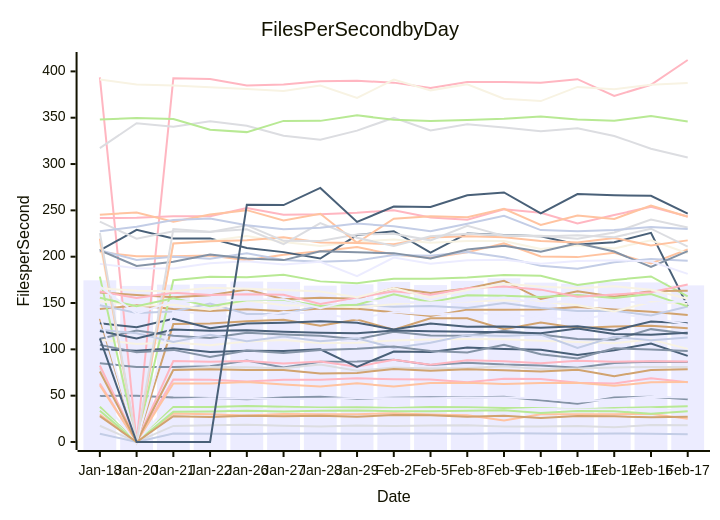
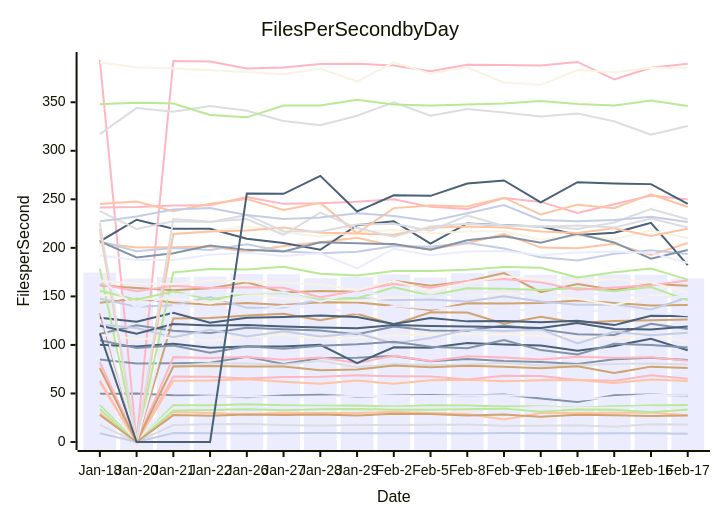
Before and after one commit to streetsidesoftware/cspell: the diagram in perf-report.md, drawn with Mermaid. The commit also changed other lines of this file and 1 other file, not shown here.

````diff
--- a/perf-report.md
+++ b/perf-report.md
@@ -10,57 +10,57 @@
 ```mermaid
 xychart-beta
     title Files Per Second by Day
     y-axis Files per Second
     x-axis Date [Jan-18, Jan-20, Jan-21, Jan-22, Jan-26, Jan-27, Jan-28, Jan-29, Feb-2, Feb-5, Feb-8, Feb-9, Feb-10, Feb-11, Feb-12, Feb-16, Feb-17]
-    bar [174.50, 168.43, 169.86, 170.44, 173.21, 172.82, 168.69, 170.17, 172.76, 169.39, 173.94, 176.68, 172.01, 170.80, 172.59, 172.20, 169.05]
-    line [49.61, 49.98, 48.14, 47.57, 46.02, 47.96, 48.80, 46.78, 47.79, 48.42, 47.97, 48.95, 44.92, 41.33, 48.11, 48.93, 46.18]
-    line [29.74, 0.00, 30.87, 30.00, 28.70, 30.12, 29.90, 29.99, 31.08, 29.80, 28.87, 23.26, 29.91, 29.82, 30.05, 30.35, 25.18]
-    line [17.55, 0.00, 17.39, 18.17, 18.55, 17.57, 16.82, 17.76, 17.39, 17.79, 18.01, 16.74, 16.81, 17.17, 15.81, 18.35, 18.06]
-    line [37.95, 0.00, 37.76, 37.89, 38.81, 37.93, 37.35, 37.58, 36.65, 37.87, 37.52, 36.62, 36.71, 35.21, 36.78, 37.62, 38.71]
-    line [132.93, 0.00, 127.27, 127.81, 130.32, 132.03, 125.54, 132.09, 121.09, 133.64, 133.48, 121.84, 129.06, 122.93, 124.68, 125.50, 122.69]
-    line [8.99, 0.00, 9.21, 8.99, 8.69, 9.06, 9.17, 8.90, 9.14, 9.10, 8.87, 9.39, 9.10, 8.79, 9.11, 8.93, 8.45]
-    line [393.53, 0.00, 392.61, 391.87, 384.72, 385.87, 389.43, 389.76, 387.86, 381.95, 388.55, 388.50, 387.75, 391.57, 373.53, 385.59, 412.29]
-    line [128.09, 123.93, 133.11, 122.76, 127.88, 128.69, 130.23, 128.77, 121.54, 127.82, 124.27, 124.62, 123.31, 125.03, 120.42, 129.98, 128.17]
-    line [110.59, 105.90, 107.50, 104.30, 108.52, 110.13, 106.78, 107.20, 109.65, 110.63, 111.16, 110.94, 109.21, 107.83, 106.68, 110.60, 100.51]
-    line [35.07, 0.00, 35.24, 34.68, 33.94, 35.92, 35.70, 34.97, 35.24, 35.24, 35.29, 34.51, 36.01, 35.10, 35.21, 35.98, 34.03]
-    line [84.98, 80.87, 81.08, 81.74, 87.91, 80.34, 86.50, 86.84, 88.66, 83.22, 85.59, 83.52, 82.54, 80.25, 85.24, 86.74, 86.33]
-    line [204.97, 200.41, 200.50, 201.35, 196.11, 202.03, 205.84, 210.33, 202.30, 198.84, 204.68, 214.35, 200.27, 199.54, 204.14, 192.69, 207.96]
-    line [79.79, 0.00, 78.41, 81.03, 80.80, 79.69, 83.58, 77.01, 80.34, 79.32, 79.86, 81.63, 78.70, 79.41, 80.42, 80.99, 80.87]
-    line [33.62, 0.00, 32.53, 32.97, 33.70, 32.82, 33.62, 33.93, 33.23, 33.25, 33.77, 34.38, 31.28, 33.43, 33.24, 30.53, 33.06]
-    line [143.49, 147.59, 143.59, 141.42, 143.21, 141.20, 143.98, 143.78, 140.14, 135.87, 142.86, 142.75, 143.10, 145.82, 143.11, 140.65, 136.98]
-    line [206.92, 196.43, 199.84, 197.78, 203.69, 196.52, 194.52, 195.98, 201.87, 201.12, 204.97, 199.43, 190.33, 187.01, 193.91, 197.53, 195.61]
-    line [63.23, 0.00, 67.48, 67.27, 65.41, 67.07, 67.22, 68.71, 67.83, 67.42, 64.50, 68.29, 67.95, 63.94, 63.10, 68.79, 64.55]
-    line [206.70, 229.01, 219.68, 219.77, 209.49, 204.94, 198.04, 223.32, 227.45, 204.37, 225.14, 223.42, 222.08, 213.20, 215.50, 225.73, 146.67]
-    line [215.48, 0.00, 214.23, 216.83, 222.41, 215.81, 211.64, 216.10, 218.52, 215.06, 216.88, 216.99, 208.40, 212.31, 208.84, 217.81, 203.67]
-    line [48.44, 0.00, 45.59, 47.24, 46.87, 46.43, 46.80, 47.45, 47.29, 47.35, 47.86, 48.05, 47.30, 43.46, 46.02, 48.76, 48.12]
-    line [206.76, 190.09, 194.48, 202.39, 197.93, 196.32, 205.82, 204.70, 203.85, 198.04, 207.86, 211.91, 205.36, 214.41, 205.57, 188.86, 205.99]
-    line [61.26, 0.00, 63.19, 63.24, 64.72, 62.00, 60.00, 63.28, 59.94, 63.60, 64.06, 62.64, 63.65, 63.88, 60.68, 64.42, 64.67]
-    line [317.17, 344.00, 340.27, 346.07, 341.26, 330.59, 326.24, 336.05, 350.02, 336.18, 342.95, 339.36, 335.43, 338.51, 330.30, 316.59, 307.16]
-    line [178.49, 0.00, 174.64, 178.29, 177.69, 180.46, 173.36, 171.47, 176.27, 176.08, 177.50, 180.37, 179.50, 169.53, 174.82, 178.71, 157.16]
-    line [161.40, 158.69, 156.26, 158.43, 164.60, 154.09, 155.59, 154.71, 166.16, 160.94, 165.57, 174.04, 154.30, 162.65, 156.66, 162.87, 163.28]
-    line [147.65, 139.36, 140.95, 149.41, 138.21, 138.55, 146.90, 148.25, 146.04, 146.87, 144.71, 150.09, 144.64, 141.32, 141.68, 136.63, 146.33]
-    line [82.51, 0.00, 87.43, 86.48, 87.49, 84.71, 86.94, 81.29, 88.85, 83.51, 88.25, 87.06, 84.92, 87.81, 86.69, 87.24, 86.95]
-    line [100.17, 98.43, 101.26, 97.05, 98.45, 98.30, 100.11, 81.16, 97.62, 97.16, 101.86, 100.35, 99.46, 93.91, 99.01, 106.34, 92.91]
-    line [151.83, 146.83, 148.17, 142.81, 152.72, 147.54, 147.09, 145.41, 148.70, 151.93, 151.71, 152.93, 151.27, 147.55, 140.92, 151.13, 148.98]
-    line [192.25, 187.45, 187.38, 192.87, 195.04, 191.69, 194.48, 178.97, 199.11, 192.32, 196.15, 196.80, 192.49, 195.28, 196.29, 194.83, 181.50]
-    line [111.41, 120.28, 114.69, 112.28, 117.78, 116.14, 114.78, 110.96, 118.96, 114.84, 114.56, 119.99, 116.03, 111.12, 110.27, 121.81, 116.79]
-    line [219.52, 0.00, 214.36, 216.75, 217.84, 220.87, 215.44, 214.77, 213.40, 220.70, 222.08, 221.01, 216.87, 215.38, 220.23, 212.12, 217.61]
-    line [237.86, 219.38, 227.33, 226.70, 233.87, 217.12, 216.93, 224.01, 224.86, 217.64, 233.33, 222.49, 222.54, 219.50, 226.16, 240.10, 231.43]
-    line [347.95, 349.61, 348.67, 336.98, 334.45, 346.57, 346.60, 352.58, 347.78, 346.57, 347.57, 348.75, 351.19, 348.15, 346.62, 351.78, 345.97]
-    line [76.03, 0.00, 77.82, 78.41, 77.74, 77.78, 73.82, 74.60, 78.73, 76.88, 78.62, 77.47, 76.02, 78.07, 71.09, 77.64, 78.59]
-    line [121.13, 117.45, 107.89, 115.63, 108.80, 113.98, 108.63, 112.03, 101.57, 107.21, 115.59, 114.29, 115.98, 101.55, 113.56, 109.85, 112.91]
-    line [241.64, 242.10, 243.52, 243.78, 252.46, 245.33, 245.88, 247.56, 250.17, 242.23, 239.94, 251.24, 247.36, 235.88, 244.92, 253.98, 243.33]
-    line [119.83, 111.61, 121.49, 119.94, 120.57, 119.01, 117.99, 117.30, 120.43, 119.43, 118.96, 118.43, 117.39, 122.51, 116.51, 115.88, 117.89]
-    line [391.19, 385.76, 384.74, 382.99, 381.11, 378.87, 384.64, 371.32, 391.09, 379.53, 386.07, 370.43, 367.95, 383.26, 380.80, 385.48, 387.49]
-    line [137.86, 0.00, 141.02, 138.02, 132.73, 140.24, 138.48, 133.03, 140.20, 137.55, 139.32, 138.06, 134.03, 131.86, 138.50, 133.91, 126.78]
-    line [104.84, 96.90, 99.42, 91.88, 98.65, 96.11, 99.25, 100.66, 103.18, 98.24, 96.65, 104.96, 94.67, 90.15, 101.17, 99.92, 98.19]
-    line [245.25, 247.79, 237.71, 245.48, 250.24, 239.03, 246.34, 215.04, 240.95, 243.60, 242.70, 251.69, 234.31, 244.51, 240.78, 255.22, 243.18]
-    line [225.57, 0.00, 229.76, 226.99, 229.64, 213.50, 236.23, 220.41, 211.45, 222.13, 224.72, 223.26, 221.76, 223.13, 220.88, 230.21, 210.91]
-    line [155.73, 146.52, 155.23, 146.60, 152.95, 153.44, 146.68, 148.04, 159.34, 150.93, 158.41, 157.97, 156.56, 158.71, 155.41, 159.62, 146.37]
-    line [27.92, 0.00, 27.74, 27.10, 28.41, 27.77, 28.43, 27.26, 29.20, 28.78, 27.22, 28.25, 25.94, 28.04, 27.66, 26.73, 27.24]
-    line [227.41, 232.25, 239.53, 241.09, 233.83, 229.73, 231.27, 235.75, 232.76, 227.56, 235.60, 244.14, 228.71, 227.46, 228.82, 232.02, 229.85]
-    line [162.52, 155.39, 161.05, 158.62, 159.47, 158.84, 149.03, 155.81, 162.82, 158.93, 165.88, 167.89, 164.45, 156.78, 159.08, 161.56, 169.88]
-    line [111.74, 0.00, 0.00, 0.00, 256.11, 255.68, 274.20, 237.51, 254.20, 253.57, 266.34, 269.39, 246.86, 267.66, 266.35, 265.66, 246.44]
-    line [165.83, 163.17, 162.82, 166.39, 165.48, 164.06, 162.34, 156.27, 166.07, 155.61, 164.06, 170.66, 167.78, 165.93, 167.97, 164.38, 154.52]
-    line [167.84, 138.47, 151.83, 152.31, 153.48, 154.19, 144.39, 154.19, 151.10, 150.58, 152.48, 156.02, 149.70, 153.17, 152.51, 149.58, 152.15]
+    bar [174.50, 168.43, 169.86, 170.44, 173.21, 172.82, 168.69, 170.17, 172.76, 169.39, 173.94, 176.68, 172.01, 170.80, 172.59, 172.20, 168.44]
+    line [49.61, 49.98, 48.14, 47.57, 46.02, 47.96, 48.80, 46.78, 47.79, 48.42, 47.97, 48.95, 44.92, 41.33, 48.11, 48.93, 47.72]
+    line [29.74, 0.00, 30.87, 30.00, 28.70, 30.12, 29.90, 29.99, 31.08, 29.80, 28.87, 23.26, 29.91, 29.82, 30.05, 30.35, 27.53]
+    line [17.55, 0.00, 17.39, 18.17, 18.55, 17.57, 16.82, 17.76, 17.39, 17.79, 18.01, 16.74, 16.81, 17.17, 15.81, 18.35, 18.01]
+    line [37.95, 0.00, 37.76, 37.89, 38.81, 37.93, 37.35, 37.58, 36.65, 37.87, 37.52, 36.62, 36.71, 35.21, 36.78, 37.62, 38.00]
+    line [132.93, 0.00, 127.27, 127.81, 130.32, 132.03, 125.54, 132.09, 121.09, 133.64, 133.48, 121.84, 129.06, 122.93, 124.68, 125.50, 126.10]
+    line [8.99, 0.00, 9.21, 8.99, 8.69, 9.06, 9.17, 8.90, 9.14, 9.10, 8.87, 9.39, 9.10, 8.79, 9.11, 8.93, 8.61]
+    line [393.53, 0.00, 392.61, 391.87, 384.72, 385.87, 389.43, 389.76, 387.86, 381.95, 388.55, 388.50, 387.75, 391.57, 373.53, 385.59, 389.76]
+    line [128.09, 123.93, 133.11, 122.76, 127.88, 128.69, 130.23, 128.77, 121.54, 127.82, 124.27, 124.62, 123.31, 125.03, 120.42, 129.98, 129.47]
+    line [110.59, 105.90, 107.50, 104.30, 108.52, 110.13, 106.78, 107.20, 109.65, 110.63, 111.16, 110.94, 109.21, 107.83, 106.68, 110.60, 103.19]
+    line [35.07, 0.00, 35.24, 34.68, 33.94, 35.92, 35.70, 34.97, 35.24, 35.24, 35.29, 34.51, 36.01, 35.10, 35.21, 35.98, 34.50]
+    line [84.98, 80.87, 81.08, 81.74, 87.91, 80.34, 86.50, 86.84, 88.66, 83.22, 85.59, 83.52, 82.54, 80.25, 85.24, 86.74, 84.52]
+    line [204.97, 200.41, 200.50, 201.35, 196.11, 202.03, 205.84, 210.33, 202.30, 198.84, 204.68, 214.35, 200.27, 199.54, 204.14, 192.69, 205.08]
+    line [79.79, 0.00, 78.41, 81.03, 80.80, 79.69, 83.58, 77.01, 80.34, 79.32, 79.86, 81.63, 78.70, 79.41, 80.42, 80.99, 79.72]
+    line [33.62, 0.00, 32.53, 32.97, 33.70, 32.82, 33.62, 33.93, 33.23, 33.25, 33.77, 34.38, 31.28, 33.43, 33.24, 30.53, 33.56]
+    line [143.49, 147.59, 143.59, 141.42, 143.21, 141.20, 143.98, 143.78, 140.14, 135.87, 142.86, 142.75, 143.10, 145.82, 143.11, 140.65, 141.05]
+    line [206.92, 196.43, 199.84, 197.78, 203.69, 196.52, 194.52, 195.98, 201.87, 201.12, 204.97, 199.43, 190.33, 187.01, 193.91, 197.53, 193.75]
+    line [63.23, 0.00, 67.48, 67.27, 65.41, 67.07, 67.22, 68.71, 67.83, 67.42, 64.50, 68.29, 67.95, 63.94, 63.10, 68.79, 65.11]
+    line [206.70, 229.01, 219.68, 219.77, 209.49, 204.94, 198.04, 223.32, 227.45, 204.37, 225.14, 223.42, 222.08, 213.20, 215.50, 225.73, 182.17]
+    line [215.48, 0.00, 214.23, 216.83, 222.41, 215.81, 211.64, 216.10, 218.52, 215.06, 216.88, 216.99, 208.40, 212.31, 208.84, 217.81, 210.09]
+    line [48.44, 0.00, 45.59, 47.24, 46.87, 46.43, 46.80, 47.45, 47.29, 47.35, 47.86, 48.05, 47.30, 43.46, 46.02, 48.76, 47.97]
+    line [206.76, 190.09, 194.48, 202.39, 197.93, 196.32, 205.82, 204.70, 203.85, 198.04, 207.86, 211.91, 205.36, 214.41, 205.57, 188.86, 197.85]
+    line [61.26, 0.00, 63.19, 63.24, 64.72, 62.00, 60.00, 63.28, 59.94, 63.60, 64.06, 62.64, 63.65, 63.88, 60.68, 64.42, 62.81]
+    line [317.17, 344.00, 340.27, 346.07, 341.26, 330.59, 326.24, 336.05, 350.02, 336.18, 342.95, 339.36, 335.43, 338.51, 330.30, 316.59, 325.50]
+    line [178.49, 0.00, 174.64, 178.29, 177.69, 180.46, 173.36, 171.47, 176.27, 176.08, 177.50, 180.37, 179.50, 169.53, 174.82, 178.71, 167.27]
+    line [161.40, 158.69, 156.26, 158.43, 164.60, 154.09, 155.59, 154.71, 166.16, 160.94, 165.57, 174.04, 154.30, 162.65, 156.66, 162.87, 160.86]
+    line [147.65, 139.36, 140.95, 149.41, 138.21, 138.55, 146.90, 148.25, 146.04, 146.87, 144.71, 150.09, 144.64, 141.32, 141.68, 136.63, 148.87]
+    line [82.51, 0.00, 87.43, 86.48, 87.49, 84.71, 86.94, 81.29, 88.85, 83.51, 88.25, 87.06, 84.92, 87.81, 86.69, 87.24, 83.58]
+    line [100.17, 98.43, 101.26, 97.05, 98.45, 98.30, 100.11, 81.16, 97.62, 97.16, 101.86, 100.35, 99.46, 93.91, 99.01, 106.34, 94.50]
+    line [151.83, 146.83, 148.17, 142.81, 152.72, 147.54, 147.09, 145.41, 148.70, 151.93, 151.71, 152.93, 151.27, 147.55, 140.92, 151.13, 149.52]
+    line [192.25, 187.45, 187.38, 192.87, 195.04, 191.69, 194.48, 178.97, 199.11, 192.32, 196.15, 196.80, 192.49, 195.28, 196.29, 194.83, 184.43]
+    line [111.41, 120.28, 114.69, 112.28, 117.78, 116.14, 114.78, 110.96, 118.96, 114.84, 114.56, 119.99, 116.03, 111.12, 110.27, 121.81, 116.46]
+    line [219.52, 0.00, 214.36, 216.75, 217.84, 220.87, 215.44, 214.77, 213.40, 220.70, 222.08, 221.01, 216.87, 215.38, 220.23, 212.12, 219.61]
+    line [237.86, 219.38, 227.33, 226.70, 233.87, 217.12, 216.93, 224.01, 224.86, 217.64, 233.33, 222.49, 222.54, 219.50, 226.16, 240.10, 229.41]
+    line [347.95, 349.61, 348.67, 336.98, 334.45, 346.57, 346.60, 352.58, 347.78, 346.57, 347.57, 348.75, 351.19, 348.15, 346.62, 351.78, 346.11]
+    line [76.03, 0.00, 77.82, 78.41, 77.74, 77.78, 73.82, 74.60, 78.73, 76.88, 78.62, 77.47, 76.02, 78.07, 71.09, 77.64, 76.15]
+    line [121.13, 117.45, 107.89, 115.63, 108.80, 113.98, 108.63, 112.03, 101.57, 107.21, 115.59, 114.29, 115.98, 101.55, 113.56, 109.85, 112.52]
+    line [241.64, 242.10, 243.52, 243.78, 252.46, 245.33, 245.88, 247.56, 250.17, 242.23, 239.94, 251.24, 247.36, 235.88, 244.92, 253.98, 249.71]
+    line [119.83, 111.61, 121.49, 119.94, 120.57, 119.01, 117.99, 117.30, 120.43, 119.43, 118.96, 118.43, 117.39, 122.51, 116.51, 115.88, 119.07]
+    line [391.19, 385.76, 384.74, 382.99, 381.11, 378.87, 384.64, 371.32, 391.09, 379.53, 386.07, 370.43, 367.95, 383.26, 380.80, 385.48, 385.13]
+    line [137.86, 0.00, 141.02, 138.02, 132.73, 140.24, 138.48, 133.03, 140.20, 137.55, 139.32, 138.06, 134.03, 131.86, 138.50, 133.91, 130.58]
+    line [104.84, 96.90, 99.42, 91.88, 98.65, 96.11, 99.25, 100.66, 103.18, 98.24, 96.65, 104.96, 94.67, 90.15, 101.17, 99.92, 97.35]
+    line [245.25, 247.79, 237.71, 245.48, 250.24, 239.03, 246.34, 215.04, 240.95, 243.60, 242.70, 251.69, 234.31, 244.51, 240.78, 255.22, 242.13]
+    line [225.57, 0.00, 229.76, 226.99, 229.64, 213.50, 236.23, 220.41, 211.45, 222.13, 224.72, 223.26, 221.76, 223.13, 220.88, 230.21, 220.92]
+    line [155.73, 146.52, 155.23, 146.60, 152.95, 153.44, 146.68, 148.04, 159.34, 150.93, 158.41, 157.97, 156.56, 158.71, 155.41, 159.62, 145.85]
+    line [27.92, 0.00, 27.74, 27.10, 28.41, 27.77, 28.43, 27.26, 29.20, 28.78, 27.22, 28.25, 25.94, 28.04, 27.66, 26.73, 27.31]
+    line [227.41, 232.25, 239.53, 241.09, 233.83, 229.73, 231.27, 235.75, 232.76, 227.56, 235.60, 244.14, 228.71, 227.46, 228.82, 232.02, 226.65]
+    line [162.52, 155.39, 161.05, 158.62, 159.47, 158.84, 149.03, 155.81, 162.82, 158.93, 165.88, 167.89, 164.45, 156.78, 159.08, 161.56, 166.44]
+    line [111.74, 0.00, 0.00, 0.00, 256.11, 255.68, 274.20, 237.51, 254.20, 253.57, 266.34, 269.39, 246.86, 267.66, 266.35, 265.66, 245.22]
+    line [165.83, 163.17, 162.82, 166.39, 165.48, 164.06, 162.34, 156.27, 166.07, 155.61, 164.06, 170.66, 167.78, 165.93, 167.97, 164.38, 153.94]
+    line [167.84, 138.47, 151.83, 152.31, 153.48, 154.19, 144.39, 154.19, 151.10, 150.58, 152.48, 156.02, 149.70, 153.17, 152.51, 149.58, 149.35]
 ```
````
